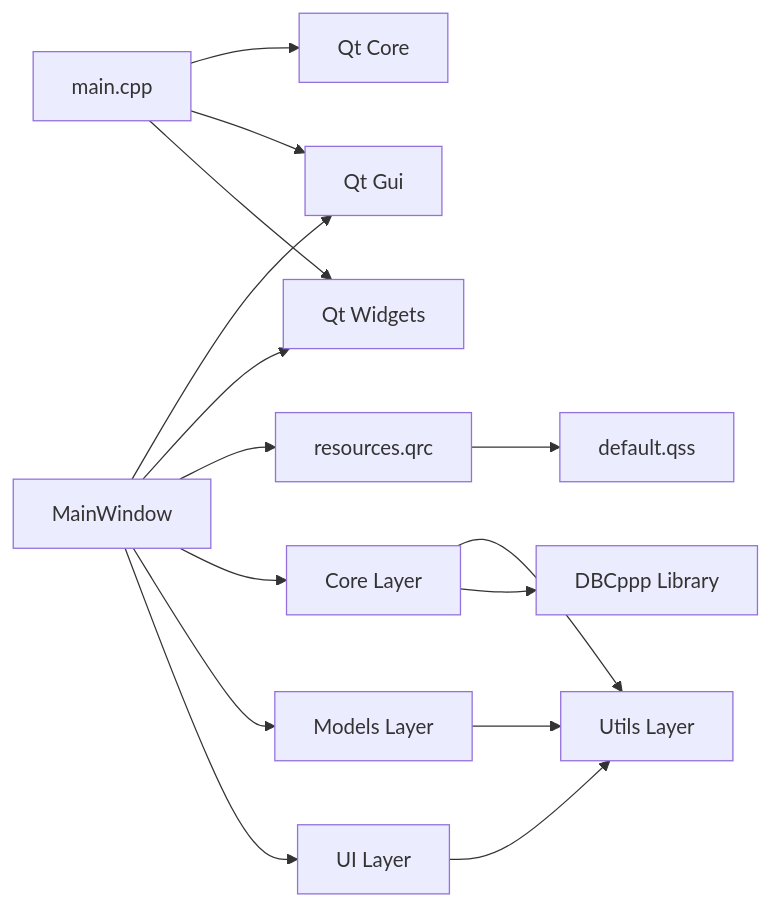
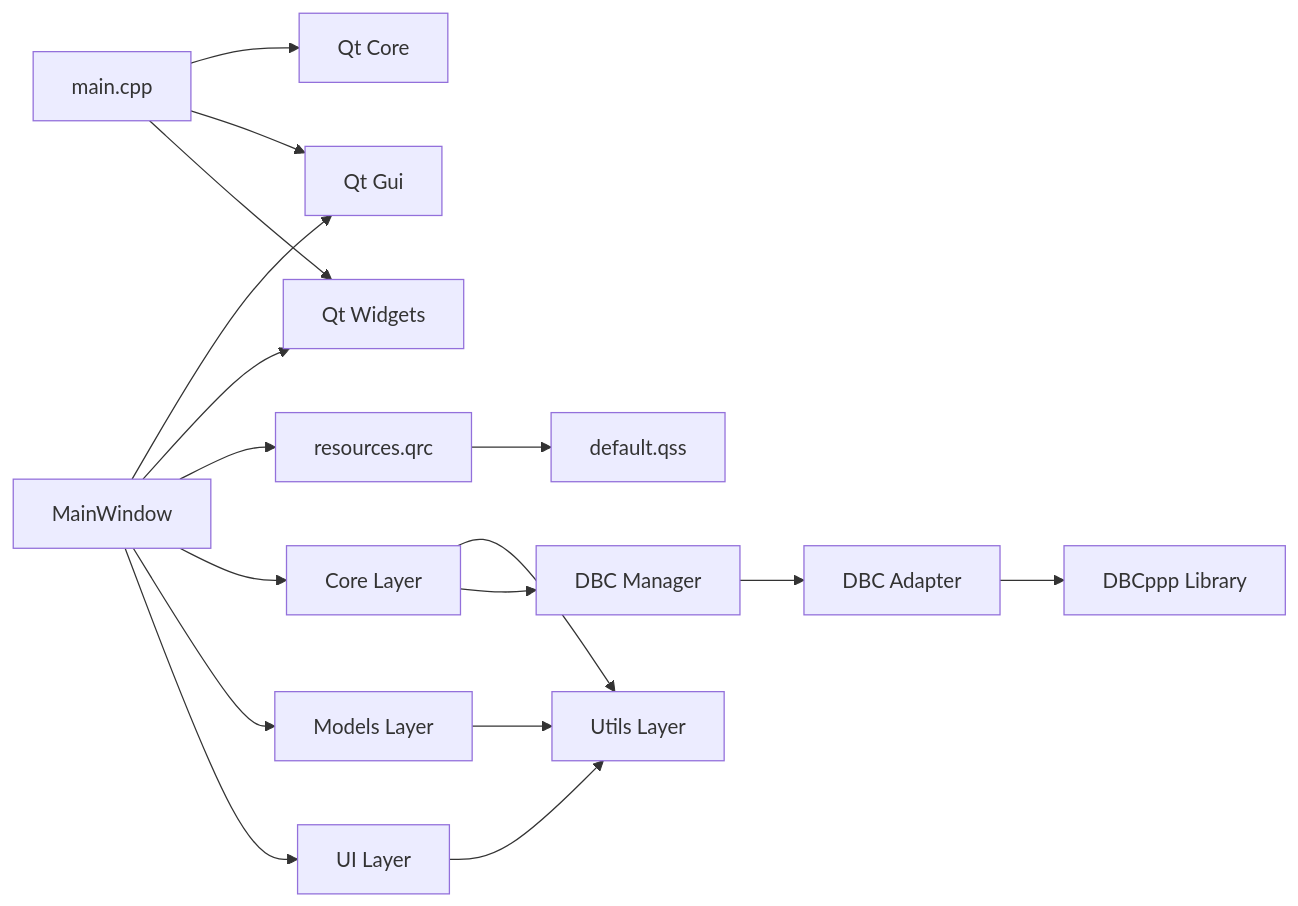
One commit to jakecai1225-design/OpenBus changed the eighth of 8 diagrams in .qoder/repowiki/zh/content/架构设计/架构设计.md. Above: the diagram before and after it, drawn with Mermaid. The commit also changed other lines of this file and 215 other files, not shown here.

````diff
--- a/.qoder/repowiki/zh/content/架构设计/架构设计.md
+++ b/.qoder/repowiki/zh/content/架构设计/架构设计.md
@@ -433,17 +448,19 @@
 ```mermaid
 graph LR
 Main["main.cpp"] --> QtCore["Qt Core"]
 Main --> QtGui["Qt Gui"]
 Main --> QtWidgets["Qt Widgets"]
 Win["MainWindow"] --> QtGui
 Win --> QtWidgets
 Win --> QRC["resources.qrc"]
 Win --> Core["Core Layer"]
 Win --> Models["Models Layer"]
 Win --> UI["UI Layer"]
 Core --> Utils["Utils Layer"]
-Core --> DBCppp["DBCppp Library"]
+Core --> DBCManager["DBC Manager"]
+DBCManager --> DBCAdapter["DBC Adapter"]
+DBCAdapter --> DBCppp["DBCppp Library"]
 Models --> Utils
 UI --> Utils
 QRC --> QSS["default.qss"]
 ```
````
